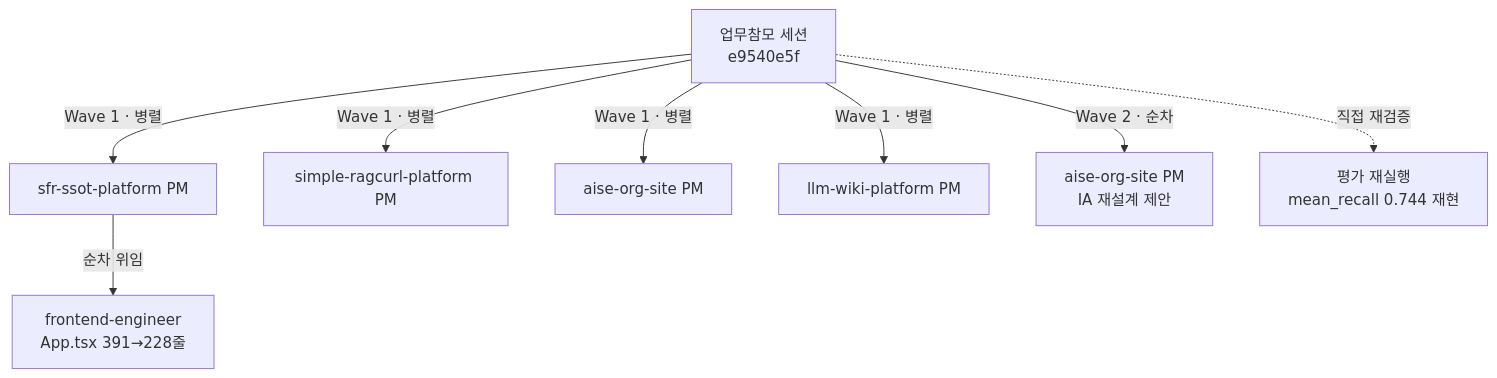
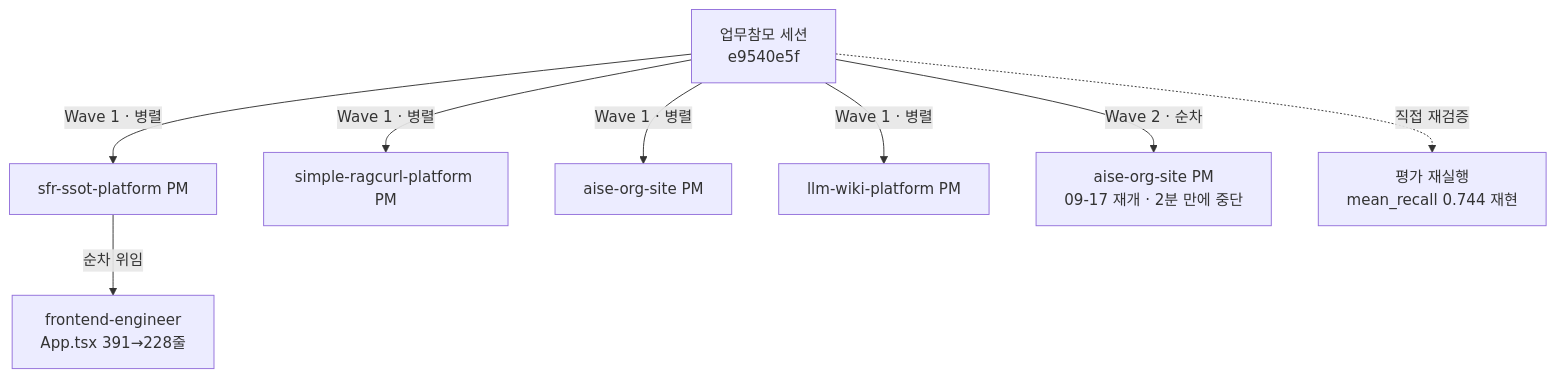
Before and after one commit to Alex2006-KOR/aise-org-site: the second of 2 diagrams in docs/organization-model.md, drawn with Mermaid. The commit also changed other lines of this file and 1 other file, not shown here.

Commit message:
14e: mark Wave 2 as the interrupted 09-17 run

````diff
--- a/docs/organization-model.md
+++ b/docs/organization-model.md
@@ -198,10 +198,10 @@
 ```mermaid
 flowchart TD
   OP["업무참모 세션<br/>e9540e5f"] -->|"Wave 1 · 병렬"| S["sfr-ssot-platform PM"]
   OP -->|"Wave 1 · 병렬"| R["simple-ragcurl-platform PM"]
   OP -->|"Wave 1 · 병렬"| A["aise-org-site PM"]
   OP -->|"Wave 1 · 병렬"| L["llm-wiki-platform PM"]
   S -->|"순차 위임"| F["frontend-engineer<br/>App.tsx 391→228줄"]
-  OP -->|"Wave 2 · 순차"| A2["aise-org-site PM<br/>IA 재설계 제안"]
+  OP -->|"Wave 2 · 순차"| A2["aise-org-site PM<br/>09-17 재개 · 2분 만에 중단"]
   OP -.->|"직접 재검증"| V["평가 재실행<br/>mean_recall 0.744 재현"]
 ```
````
